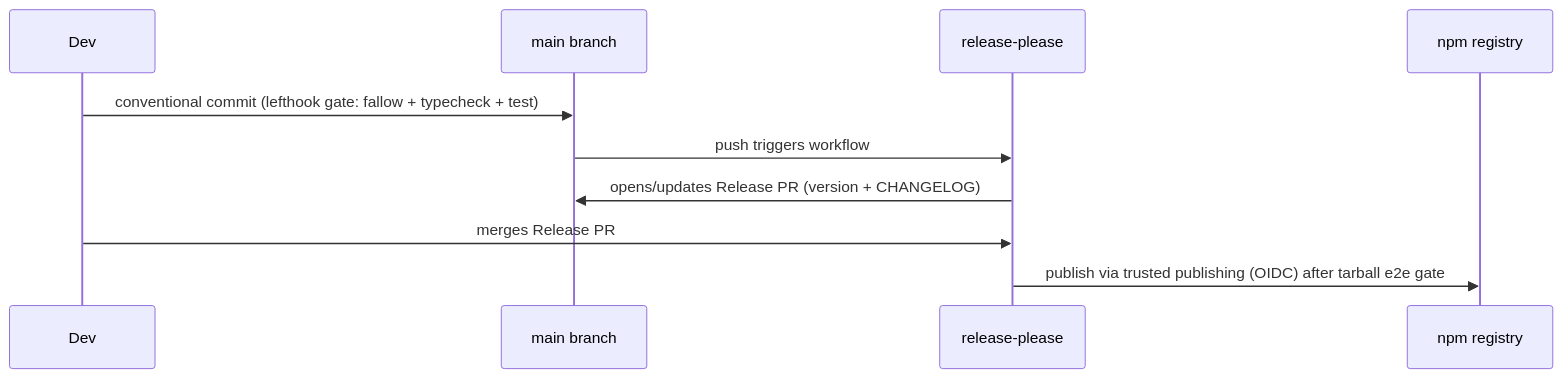
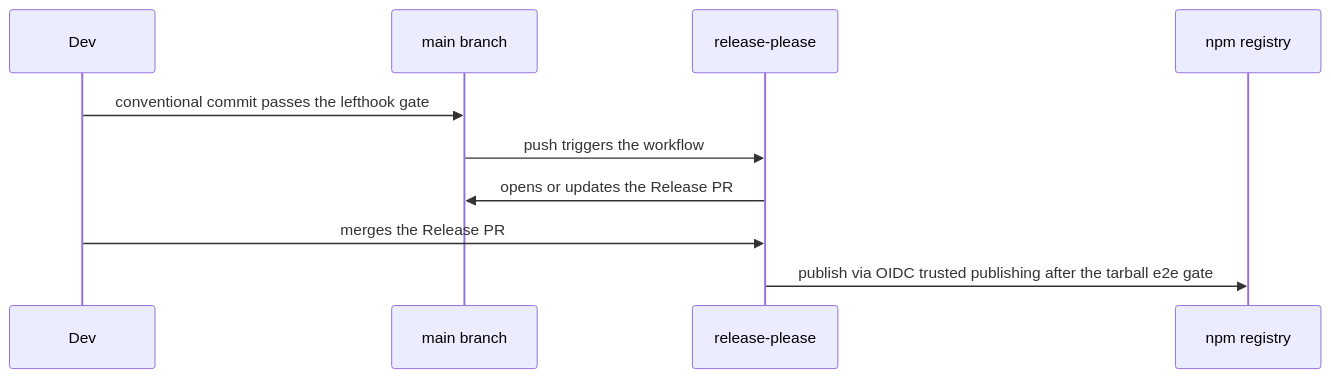
One commit to Disble/dlinter-ts-react changed the fourth of 4 diagrams in docs/architecture.md. Above: the diagram before and after it, drawn with Mermaid. The commit also changed other lines of this file and 2 other files, not shown here.

First line of the commit message:
docs: use conservative mermaid syntax so diagrams render

````diff
--- a/docs/architecture.md
+++ b/docs/architecture.md
@@ -109,12 +109,12 @@
 ```mermaid
 sequenceDiagram
     participant Dev
     participant Main as main branch
     participant RP as release-please
     participant NPM as npm registry
-    Dev->>Main: conventional commit (lefthook gate: fallow + typecheck + test)
-    Main->>RP: push triggers workflow
-    RP->>Main: opens/updates Release PR (version + CHANGELOG)
-    Dev->>RP: merges Release PR
-    RP->>NPM: publish via trusted publishing (OIDC) after tarball e2e gate
+    Dev->>Main: conventional commit passes the lefthook gate
+    Main->>RP: push triggers the workflow
+    RP->>Main: opens or updates the Release PR
+    Dev->>RP: merges the Release PR
+    RP->>NPM: publish via OIDC trusted publishing after the tarball e2e gate
 ```
````
